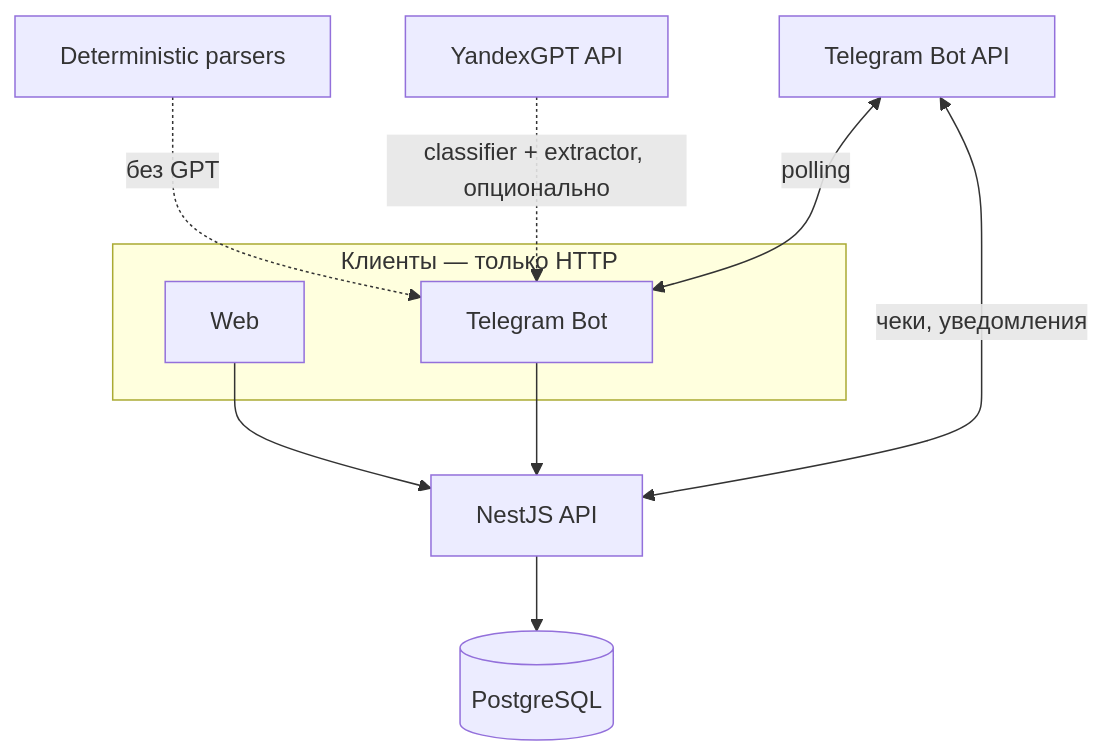
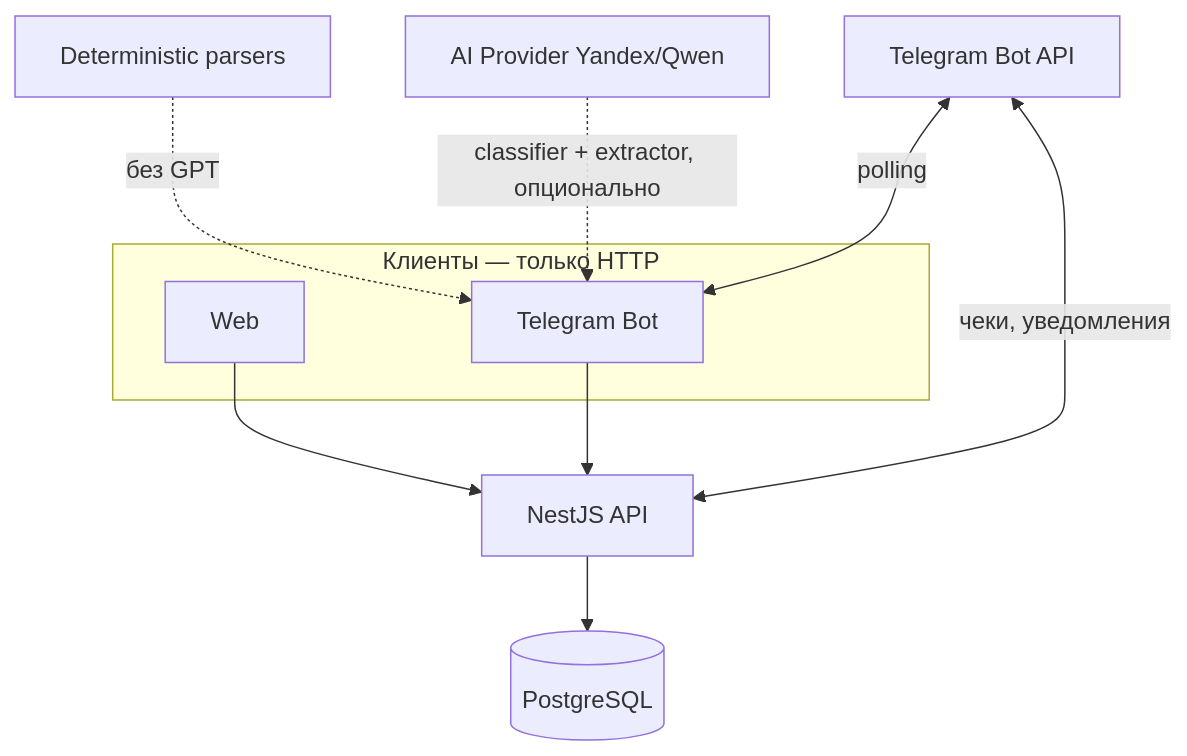
The diagram in docs/developer-guide.md (R1ankeel/neportal), drawn with Mermaid before and after one commit. The commit also changed other lines of this file and 9 other files, not shown here.

````diff
--- a/docs/developer-guide.md
+++ b/docs/developer-guide.md
@@ -29,16 +29,16 @@
 ```mermaid
 flowchart TB
   subgraph clients [Клиенты — только HTTP]
     W[Web]
     T[Telegram Bot]
   end
   API[NestJS API]
   DB[(PostgreSQL)]
   W --> API
   T --> API
   API --> DB
   Det[Deterministic parsers] -.->|без GPT| T
-  Yandex[YandexGPT API] -.->|classifier + extractor, опционально| T
+  LLM[AI Provider Yandex/Qwen] -.->|classifier + extractor, опционально| T
   TG[Telegram Bot API] <-->|чеки, уведомления| API
   TG <-->|polling| T
 ```
````
